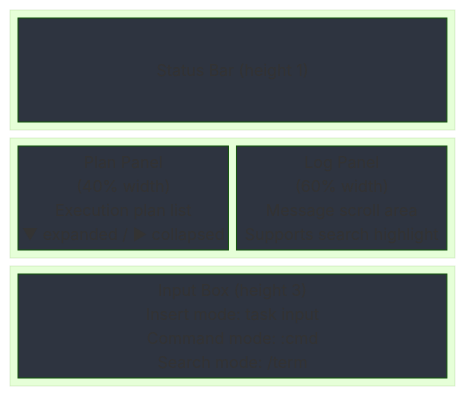
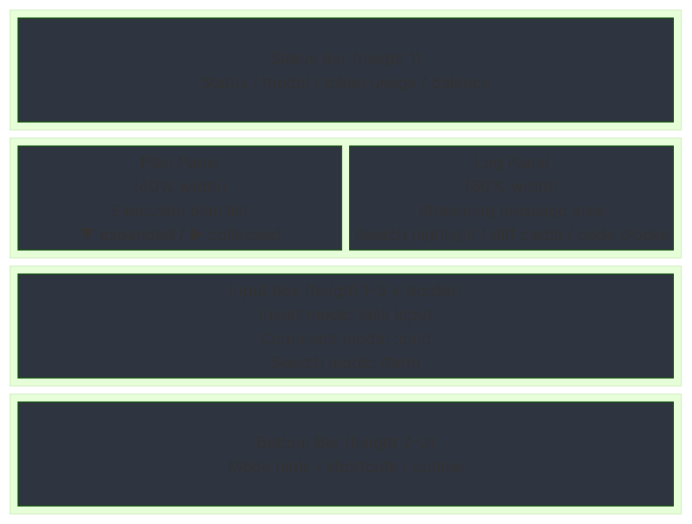
Before and after one commit to rust-infra/tact: the sixth of 10 diagrams in ARCHITECTURE.md, drawn with Mermaid (forest theme). The commit also changed other lines of this file and 3 other files, not shown here.

````diff
--- a/ARCHITECTURE.md
+++ b/ARCHITECTURE.md
@@ -128,24 +347,29 @@
 ```mermaid
 block-beta
     columns 1
     space
     block:status
         columns 1
-        status_bar["Status Bar (height 1)"]
+        status_bar["Status Bar (height 1)<br/>Status / model / token usage / balance"]
     end
     block:main
         columns 2
         plan["Plan Panel<br/>(40% width)<br/>Execution plan list<br/>▼ expanded / ▶ collapsed"]
-        log["Log Panel<br/>(60% width)<br/>Message scroll area<br/>Supports search highlight"]
+        log["Log Panel<br/>(60% width)<br/>Streaming message area<br/>Search highlight / diff cards / code blocks"]
     end
     block:input
         columns 1
-        input_box["Input Box (height 3)<br/>Insert mode: task input<br/>Command mode: :cmd<br/>Search mode: /term"]
+        input_box["Input Box (height 1–3 + border)<br/>Insert mode: task input<br/>Command mode: :cmd<br/>Search mode: /term"]
+    end
+    block:bottom
+        columns 1
+        bottom_bar["Bottom Bar (height 2–3)<br/>Mode hints / shortcuts / uptime"]
     end
     space
 
     style status_bar fill:#2e3440,color:#eceff4
     style plan fill:#2e3440,color:#eceff4
     style log fill:#2e3440,color:#eceff4
     style input_box fill:#2e3440,color:#eceff4
+    style bottom_bar fill:#2e3440,color:#eceff4
 ```
````
